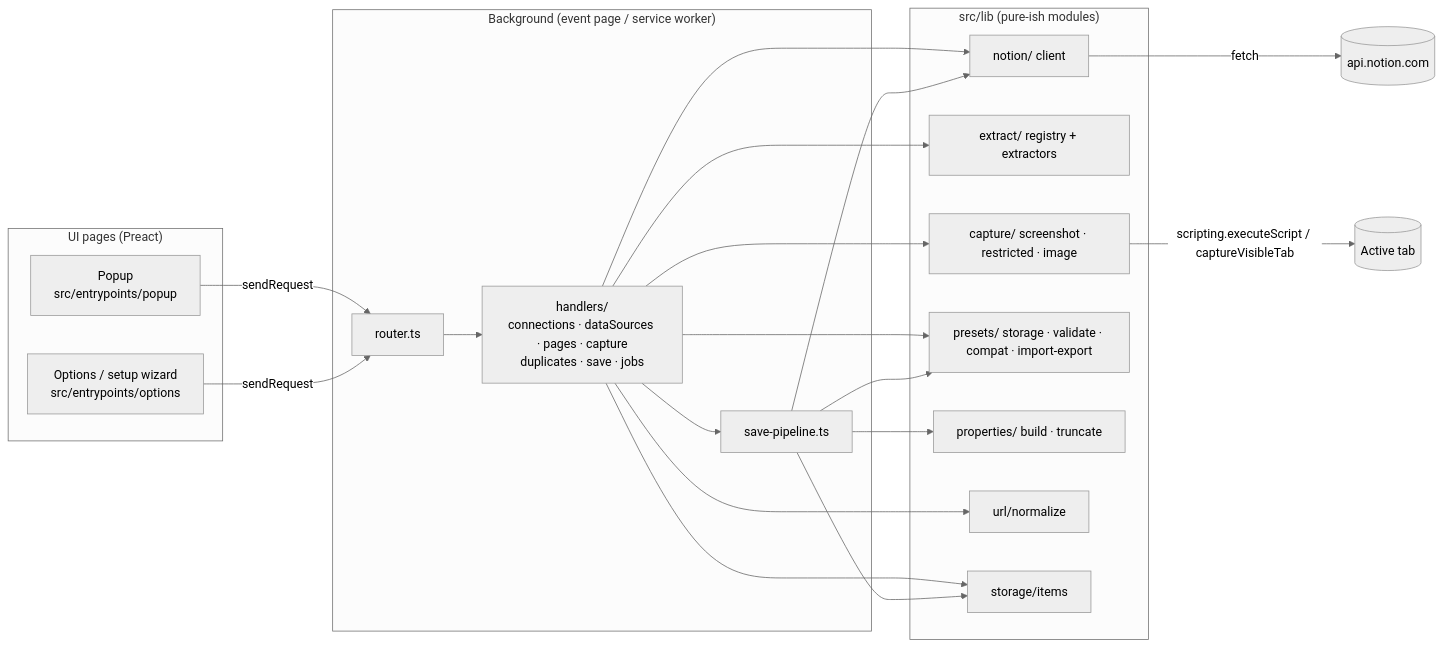
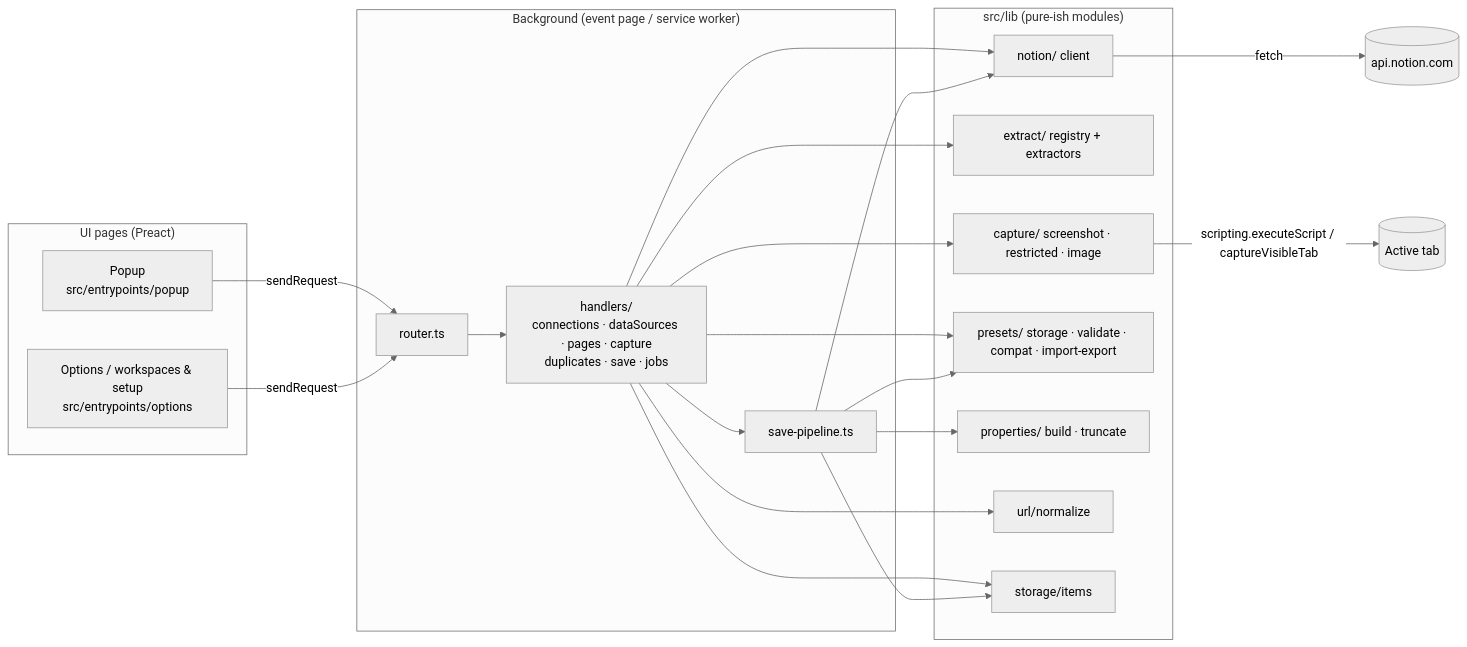
One commit to 3333444n/sitecatch changed the first of 4 diagrams in docs/architecture.md. Above: the diagram before and after it, drawn with Mermaid (neutral theme). The commit also changed other lines of this file, not shown here.

Commit message:
docs(architecture): fix broken protocol table and per-connection token wording

````diff
--- a/docs/architecture.md
+++ b/docs/architecture.md
@@ -7,31 +7,31 @@
 ```mermaid
 flowchart LR
   subgraph UI["UI pages (Preact)"]
     P[Popup<br/>src/entrypoints/popup]
-    O[Options / setup wizard<br/>src/entrypoints/options]
+    O[Options / workspaces & setup<br/>src/entrypoints/options]
   end
   subgraph BG["Background (event page / service worker)"]
     R[router.ts]
     H[handlers/<br/>connections · dataSources · pages · capture<br/>duplicates · save · jobs]
     SP[save-pipeline.ts]
   end
   subgraph LIB["src/lib (pure-ish modules)"]
     N[notion/ client]
     X[extract/ registry + extractors]
     C[capture/ screenshot · restricted · image]
     PR[presets/ storage · validate · compat · import-export]
     PB[properties/ build · truncate]
     U[url/normalize]
     S[storage/items]
   end
   TAB[(Active tab)]
   NOTION[(api.notion.com)]
 
   P -- sendRequest --> R
   O -- sendRequest --> R
   R --> H --> SP
   H --> N & X & C & PR & U & S
   SP --> N & PB & PR & S
   C -- scripting.executeScript / captureVisibleTab --> TAB
   N -- fetch --> NOTION
 ```
````
